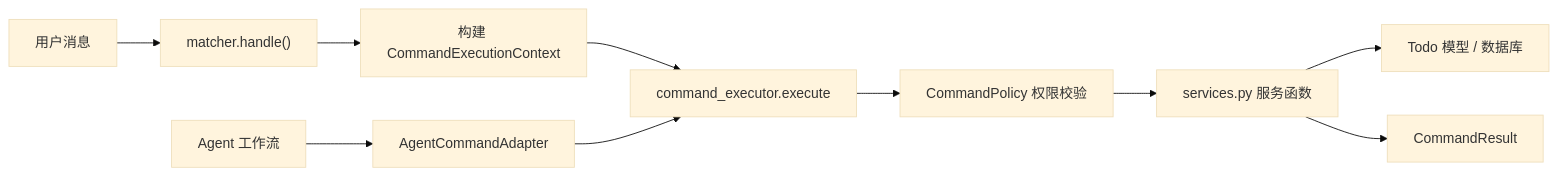
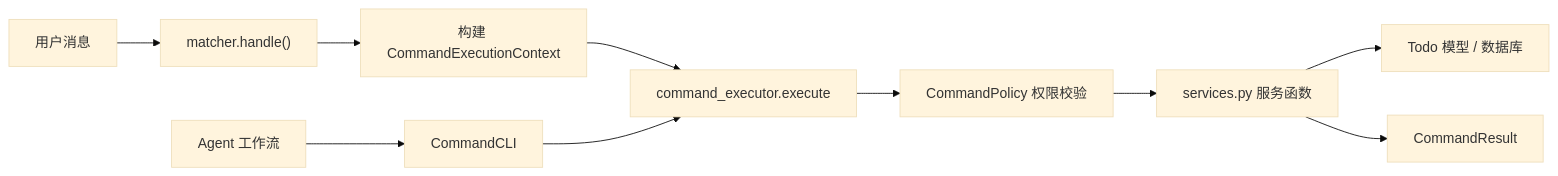
The diagram in src/plugins/application/active/todo/README.md (ClassRobot/ClassRobot), drawn with Mermaid (base theme) before and after one commit. The commit also changed 219 other files, not shown here.

````diff
--- a/src/plugins/application/active/todo/README.md
+++ b/src/plugins/application/active/todo/README.md
@@ -49,12 +49,12 @@
 ```mermaid
 flowchart LR
     User["用户消息"] --> Matcher["matcher.handle()"]
-    Agent["Agent 工作流"] --> Adapter["AgentCommandAdapter"]
+    Agent["Agent 工作流"] --> Adapter["CommandCLI"]
     Matcher --> Context["构建 CommandExecutionContext"]
     Context --> Executor["command_executor.execute"]
     Adapter --> Executor
     Executor --> Policy["CommandPolicy 权限校验"]
     Policy --> Service["services.py 服务函数"]
     Service --> Model["Todo 模型 / 数据库"]
     Service --> Result["CommandResult"]
 ```
````
